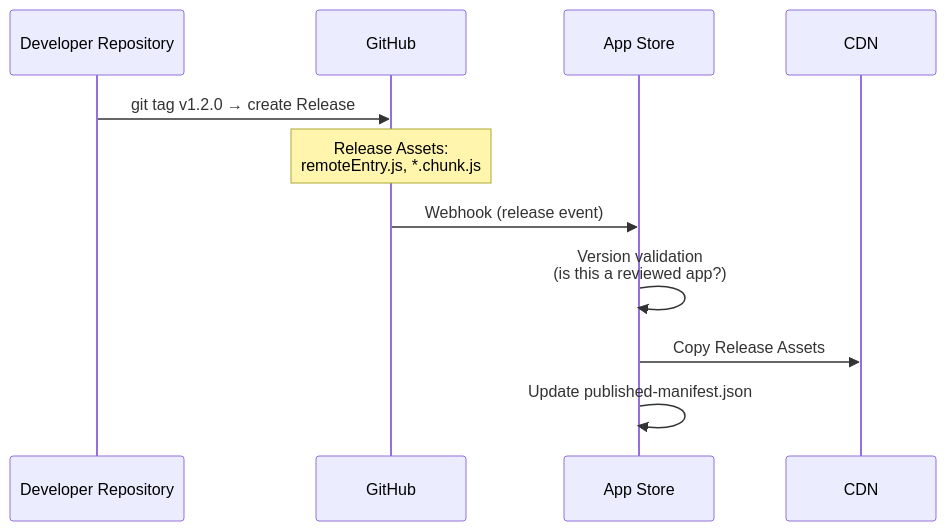
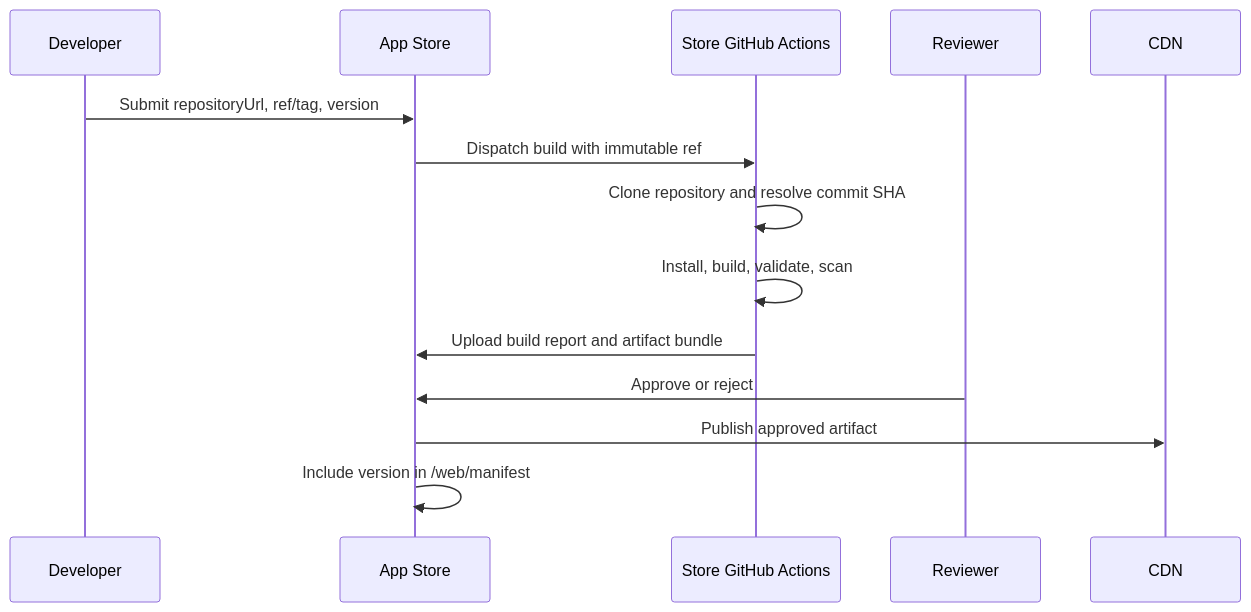
Before and after one commit to cytoscape/cytoscape-web: the second of 3 diagrams in docs/design/module-federation/specifications/app-store-design.md, drawn with Mermaid. The commit also changed other lines of this file, not shown here.

Commit message:
docs: update app store web submission design

````diff
--- a/docs/design/module-federation/specifications/app-store-design.md
+++ b/docs/design/module-federation/specifications/app-store-design.md
@@ -194,14 +258,17 @@
 ```mermaid
 sequenceDiagram
-    participant Dev as Developer Repository
-    participant GH as GitHub
+    participant Dev as Developer
     participant Store as App Store
+    participant Actions as Store GitHub Actions
+    participant Review as Reviewer
     participant CDN as CDN
 
-    Dev->>GH: git tag v1.2.0 → create Release
-    Note over GH: Release Assets:<br/>remoteEntry.js, *.chunk.js
-    GH->>Store: Webhook (release event)
-    Store->>Store: Version validation<br/>(is this a reviewed app?)
-    Store->>CDN: Copy Release Assets
-    Store->>Store: Update published-manifest.json
+    Dev->>Store: Submit repositoryUrl, ref/tag, version
+    Store->>Actions: Dispatch build with immutable ref
+    Actions->>Actions: Clone repository and resolve commit SHA
+    Actions->>Actions: Install, build, validate, scan
+    Actions->>Store: Upload build report and artifact bundle
+    Review->>Store: Approve or reject
+    Store->>CDN: Publish approved artifact
+    Store->>Store: Include version in /web/manifest
 ```
````
